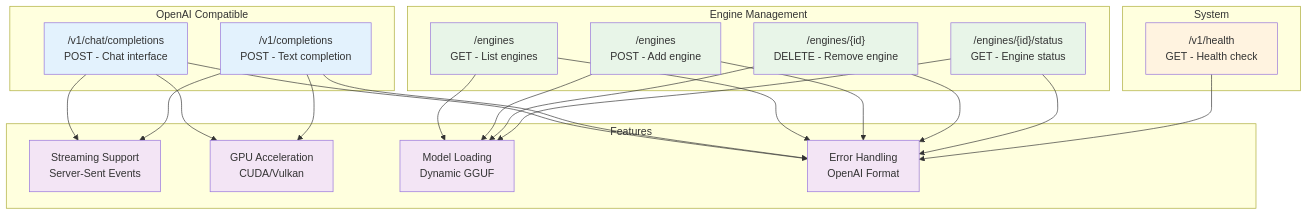
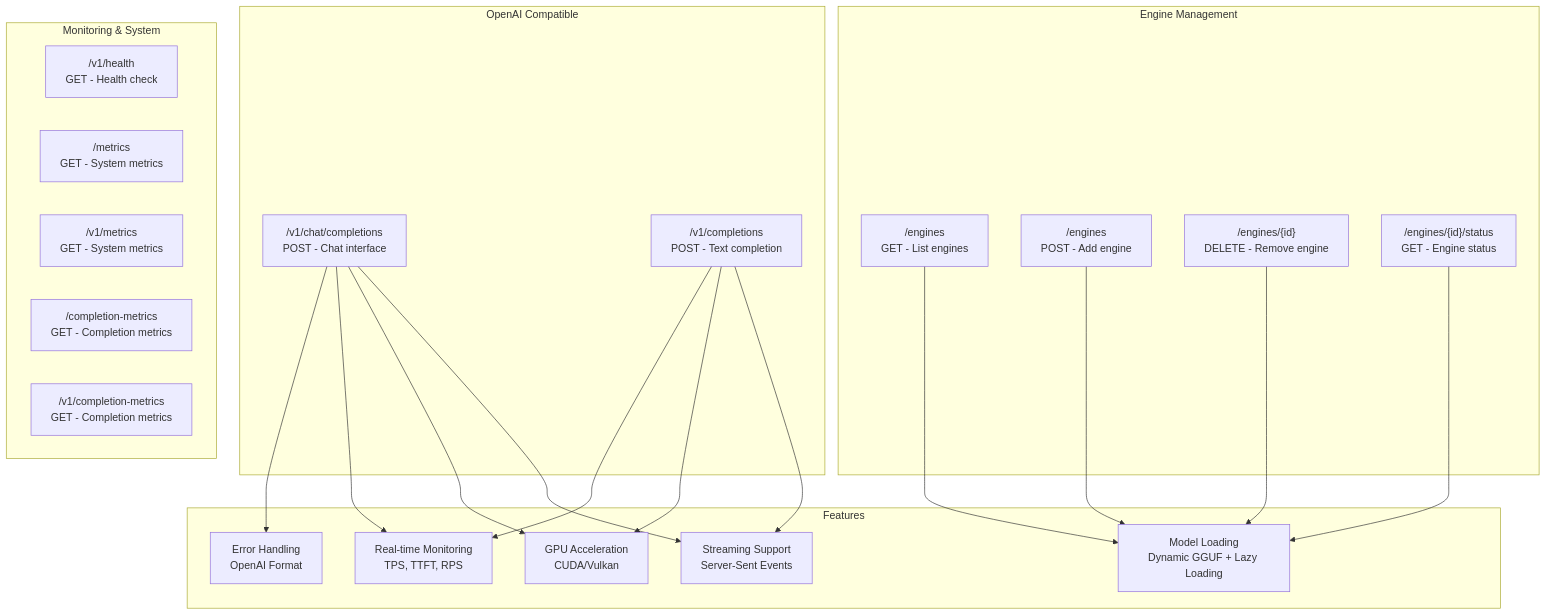
Before and after one commit to KolosalAI/kolosal-server: the diagram in docs/API_SPECIFICATION.md, drawn with Mermaid. The commit also changed other lines of this file and 7 other files, not shown here.

````diff
--- a/docs/API_SPECIFICATION.md
+++ b/docs/API_SPECIFICATION.md
@@ -16,54 +16,43 @@
 ```mermaid
 graph TD
     subgraph "OpenAI Compatible"
         A["/v1/chat/completions<br/>POST - Chat interface"]
         B["/v1/completions<br/>POST - Text completion"]
     end
     
     subgraph "Engine Management"
         C["/engines<br/>GET - List engines"]
         D["/engines<br/>POST - Add engine"]
         E["/engines/{id}<br/>DELETE - Remove engine"]
         F["/engines/{id}/status<br/>GET - Engine status"]
     end
     
-    subgraph "System"
+    subgraph "Monitoring & System"
         G["/v1/health<br/>GET - Health check"]
+        M1["/metrics<br/>GET - System metrics"]
+        M2["/v1/metrics<br/>GET - System metrics"]
+        M3["/completion-metrics<br/>GET - Completion metrics"]
+        M4["/v1/completion-metrics<br/>GET - Completion metrics"]
     end
     
     subgraph "Features"
         H["Streaming Support<br/>Server-Sent Events"]
         I["GPU Acceleration<br/>CUDA/Vulkan"]
-        J["Model Loading<br/>Dynamic GGUF"]
+        J["Model Loading<br/>Dynamic GGUF + Lazy Loading"]
         K["Error Handling<br/>OpenAI Format"]
+        L["Real-time Monitoring<br/>TPS, TTFT, RPS"]
     end
     
     A --> H
     B --> H
     A --> I
     B --> I
+    A --> L
+    B --> L
     C --> J
     D --> J
     E --> J
     F --> J
     
     A --> K
-    B --> K
-    C --> K
-    D --> K
-    E --> K
-    F --> K
-    G --> K
-    
-    style A fill:#e3f2fd
-    style B fill:#e3f2fd
-    style C fill:#e8f5e8
-    style D fill:#e8f5e8
-    style E fill:#e8f5e8
-    style F fill:#e8f5e8
-    style G fill:#fff3e0
-    style H fill:#f3e5f5
-    style I fill:#f3e5f5
-    style J fill:#f3e5f5
-    style K fill:#f3e5f5
 ```
````
